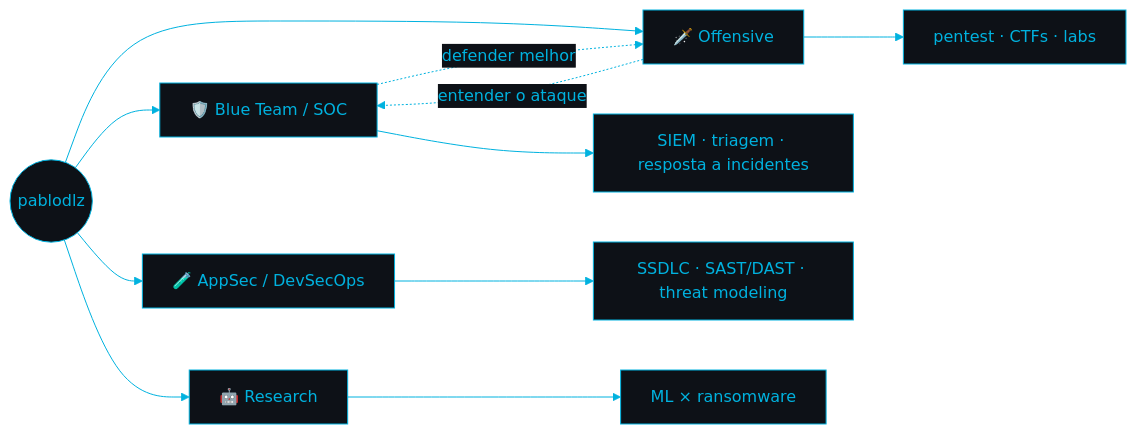
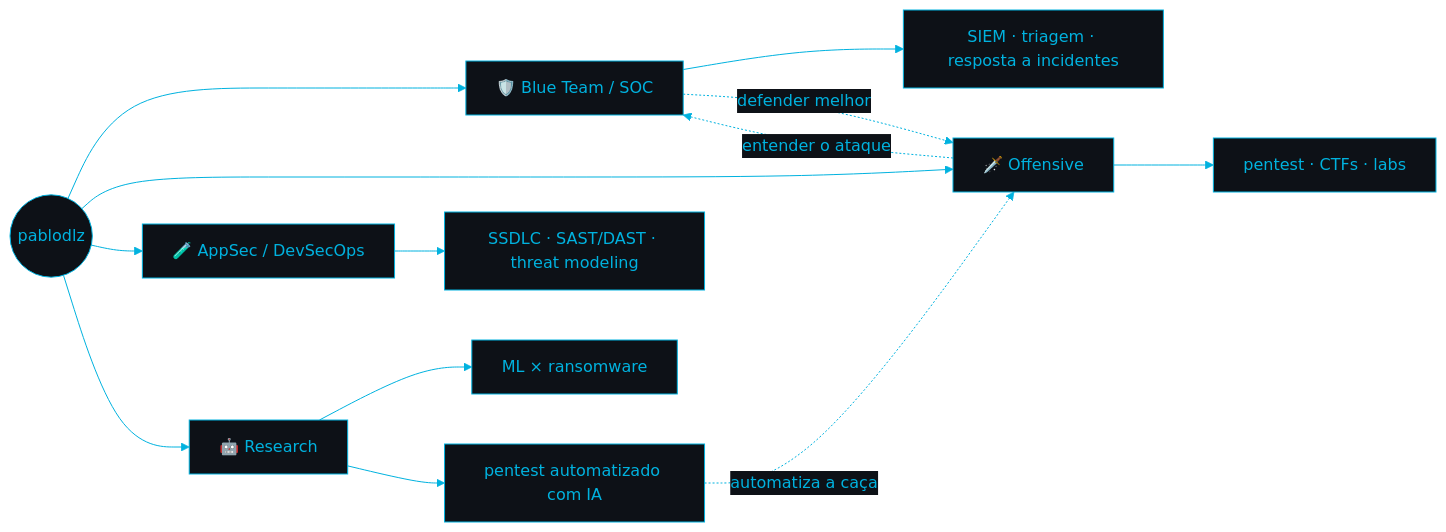
The diagram in README.md (pablodlz/pablodlz), drawn with Mermaid before and after one commit. The commit also changed other lines of this file, not shown here.

````diff
--- a/README.md
+++ b/README.md
@@ -69,14 +69,16 @@
 ```mermaid
 %%{init: {'theme':'base','themeVariables':{'primaryColor':'#0d1117','primaryTextColor':'#00B2DF','primaryBorderColor':'#00B2DF','lineColor':'#00B2DF','secondaryColor':'#0d1117','tertiaryColor':'#0d1117','fontFamily':'monospace'}}}%%
 flowchart LR
   P(("pablodlz")) --> B["🛡️ Blue Team / SOC"]
   P --> R["🗡️ Offensive"]
   P --> A["🧪 AppSec / DevSecOps"]
   P --> M["🤖 Research"]
   B --> B1["SIEM · triagem · resposta a incidentes"]
   R --> R1["pentest · CTFs · labs"]
   A --> A1["SSDLC · SAST/DAST · threat modeling"]
   M --> M1["ML × ransomware"]
+  M --> M2["pentest automatizado com IA"]
   R -. "entender o ataque" .-> B
   B -. "defender melhor" .-> R
+  M2 -. "automatiza a caça" .-> R
 ```
````
